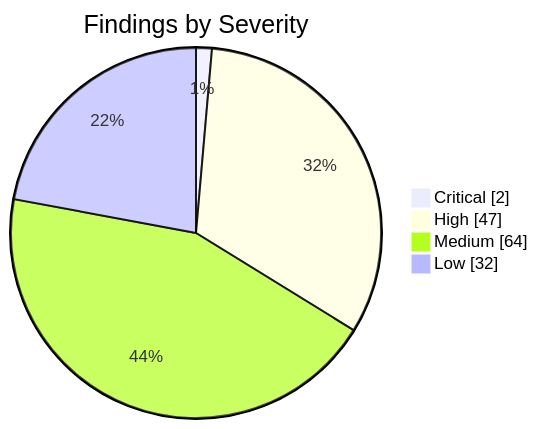
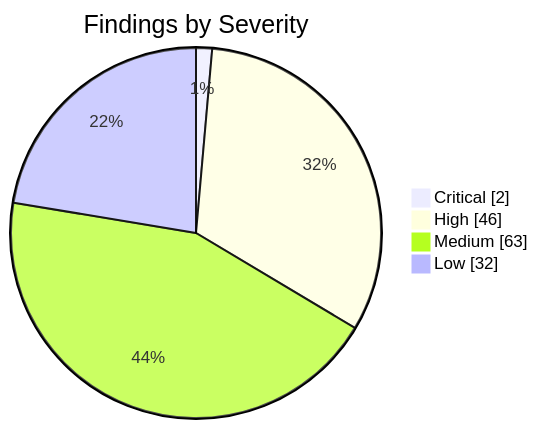
Before and after one commit to KBVE/kbve: the first of 2 diagrams in apps/kbve/astro-kbve/src/content/docs/dashboard/security.mdx, drawn with Mermaid. The commit also changed other lines of this file and 8 other files, not shown here.

````diff
--- a/apps/kbve/astro-kbve/src/content/docs/dashboard/security.mdx
+++ b/apps/kbve/astro-kbve/src/content/docs/dashboard/security.mdx
@@ -62,8 +62,8 @@
 ```mermaid
 pie showData
     title Findings by Severity
     "Critical" : 2
-    "High" : 47
-    "Medium" : 64
+    "High" : 46
+    "Medium" : 63
     "Low" : 32
 ```
````
